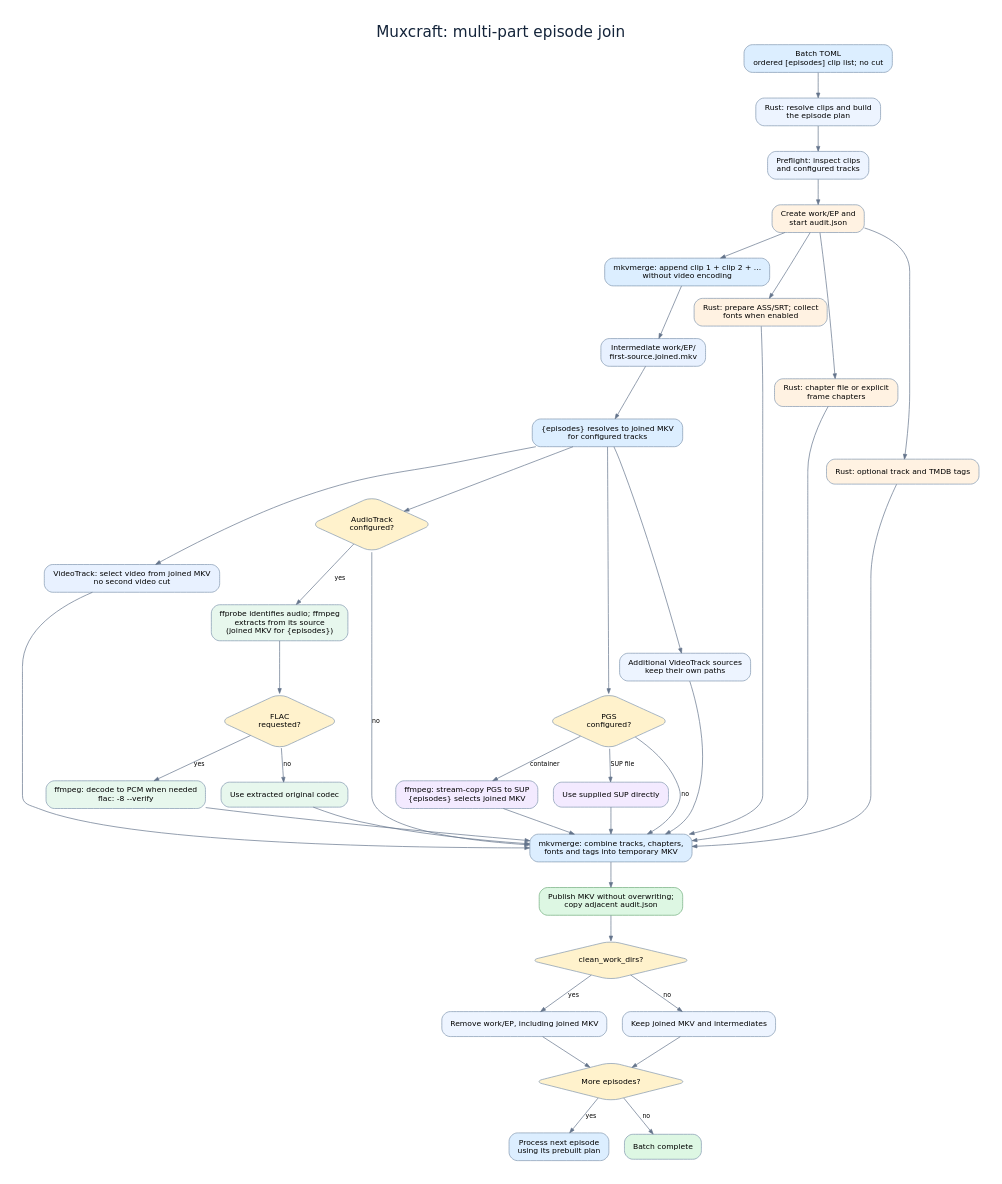
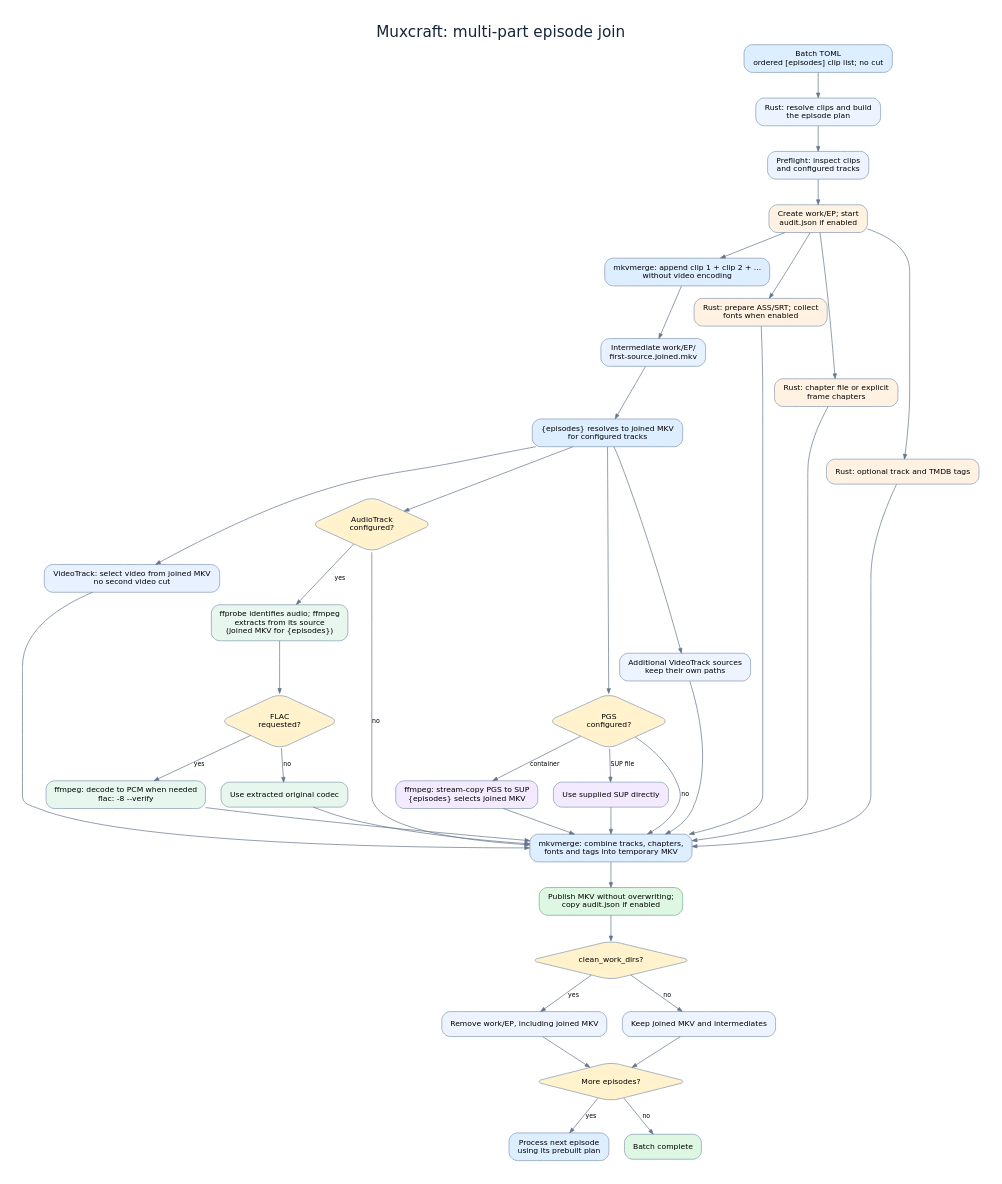
The diagram in docs/multi-part-flow.dot (IncYami/muxcraft), drawn with Graphviz before and after one commit. The commit also changed 13 other files, not shown here.

```diff
--- a/docs/multi-part-flow.dot
+++ b/docs/multi-part-flow.dot
@@ -1,67 +1,67 @@
 digraph MultiPartFlow {
   graph [rankdir=TB, bgcolor="white", pad="0.35", nodesep="0.3", ranksep="0.5", fontname="DejaVu Sans", label="Muxcraft: multi-part episode join", labelloc=t, fontsize=22, fontcolor="#14243a"];
   node [shape=box, style="rounded,filled", fillcolor="#edf4ff", color="#8297b0", fontname="DejaVu Sans", fontsize=11, margin="0.17,0.11"];
   edge [color="#64748b", arrowsize=0.7, fontname="DejaVu Sans", fontsize=9];
 
   toml [label="Batch TOML\nordered [episodes] clip list; no cut", fillcolor="#dceeff"];
   plan [label="Rust: resolve clips and build\nthe episode plan"];
   preflight [label="Preflight: inspect clips\nand configured tracks"];
-  work [label="Create work/EP and\nstart audit.json", fillcolor="#fff2e2"];
+  work [label="Create work/EP; start\naudit.json if enabled", fillcolor="#fff2e2"];
   join [label="mkvmerge: append clip 1 + clip 2 + ...\nwithout video encoding", fillcolor="#dceeff"];
   joined [label="Intermediate work/EP/\nfirst-source.joined.mkv", fillcolor="#e8f1ff"];
   variable [label="{episodes} resolves to joined MKV\nfor configured tracks", fillcolor="#dceeff"];
   video [label="VideoTrack: select video from joined MKV\nno second video cut", fillcolor="#e8f1ff"];
   audio [shape=diamond, label="AudioTrack\nconfigured?", fillcolor="#fff2cc"];
   extract [label="ffprobe identifies audio; ffmpeg\nextracts from its source\n(joined MKV for {episodes})", fillcolor="#e7f7ed"];
   flac_choice [shape=diamond, label="FLAC\nrequested?", fillcolor="#fff2cc"];
   flac [label="ffmpeg: decode to PCM when needed\nflac: -8 --verify", fillcolor="#e7f7ed"];
   copy [label="Use extracted original codec", fillcolor="#e7f7ed"];
   pgs [shape=diamond, label="PGS\nconfigured?", fillcolor="#fff2cc"];
   pgs_extract [label="ffmpeg: stream-copy PGS to SUP\n{episodes} selects joined MKV", fillcolor="#f3eaff"];
   pgs_direct [label="Use supplied SUP directly", fillcolor="#f3eaff"];
   other [label="Additional VideoTrack sources\nkeep their own paths"];
   subtitle [label="Rust: prepare ASS/SRT; collect\nfonts when enabled", fillcolor="#fff2e2"];
   chapter [label="Rust: chapter file or explicit\nframe chapters", fillcolor="#fff2e2"];
   tags [label="Rust: optional track and TMDB tags", fillcolor="#fff2e2"];
   mux [label="mkvmerge: combine tracks, chapters,\nfonts and tags into temporary MKV", fillcolor="#dceeff"];
-  output [label="Publish MKV without overwriting;\ncopy adjacent audit.json", fillcolor="#ddf7e3", color="#72ad7d"];
+  output [label="Publish MKV without overwriting;\ncopy audit.json if enabled", fillcolor="#ddf7e3", color="#72ad7d"];
   clean [shape=diamond, label="clean_work_dirs?", fillcolor="#fff2cc"];
   remove [label="Remove work/EP, including joined MKV"];
   keep [label="Keep joined MKV and intermediates"];
   next [shape=diamond, label="More episodes?", fillcolor="#fff2cc"];
   repeat [label="Process next episode\nusing its prebuilt plan", fillcolor="#dceeff"];
   done [label="Batch complete", fillcolor="#ddf7e3"];
 
   toml -> plan -> preflight -> work -> join -> joined -> variable;
   variable -> video;
   variable -> audio;
   audio -> extract [label="yes"];
   extract -> flac_choice;
   flac_choice -> flac [label="yes"];
   flac_choice -> copy [label="no"];
   variable -> pgs;
   pgs -> pgs_extract [label="container"];
   pgs -> pgs_direct [label="SUP file"];
   variable -> other;
   work -> subtitle;
   work -> chapter;
   work -> tags;
   video -> mux;
   audio -> mux [label="no"];
   flac -> mux;
   copy -> mux;
   pgs -> mux [label="no"];
   pgs_extract -> mux;
   pgs_direct -> mux;
   other -> mux;
   subtitle -> mux;
   chapter -> mux;
   tags -> mux;
   mux -> output -> clean;
   clean -> remove [label="yes"];
   clean -> keep [label="no"];
   remove -> next;
   keep -> next;
   next -> repeat [label="yes"];
   next -> done [label="no"];
 }
```
